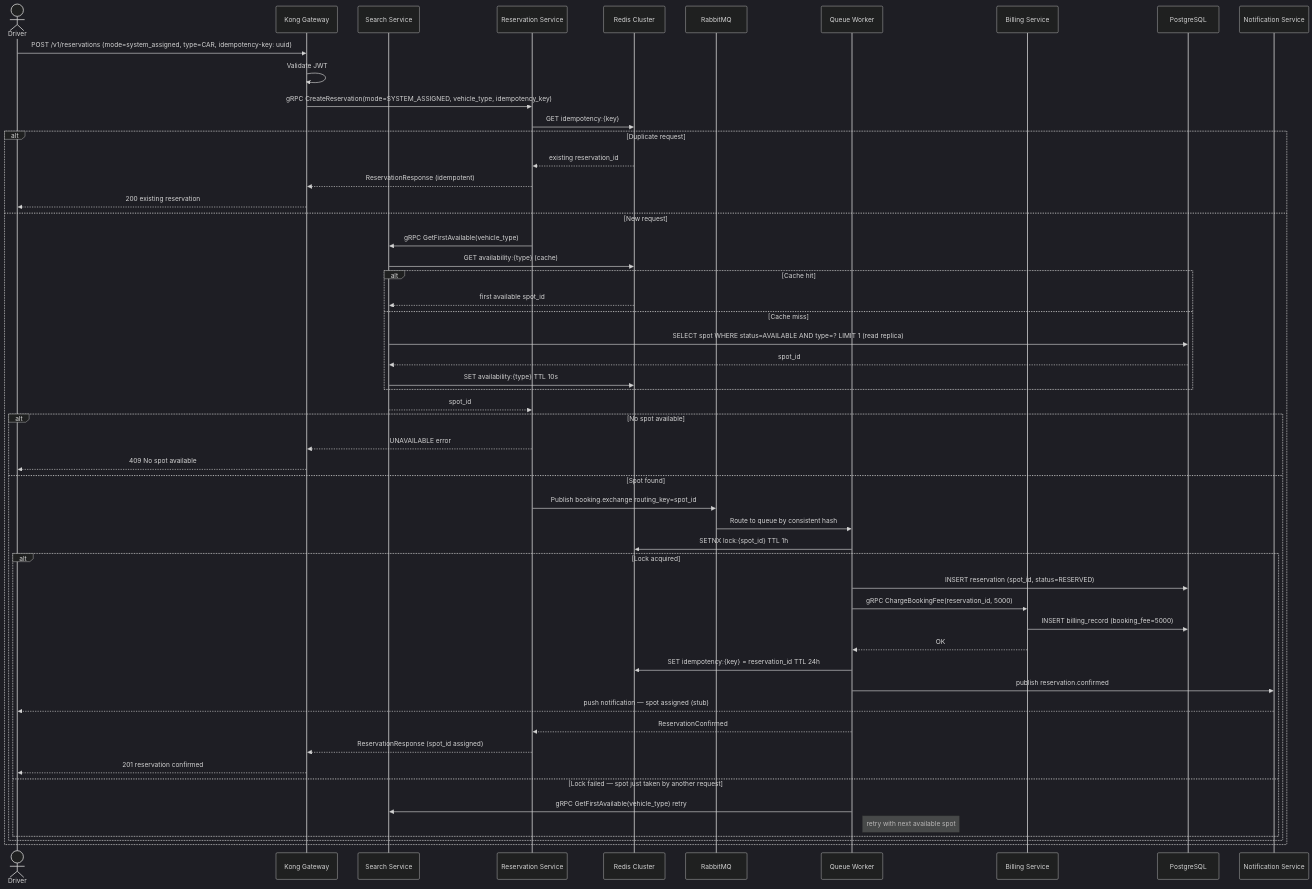
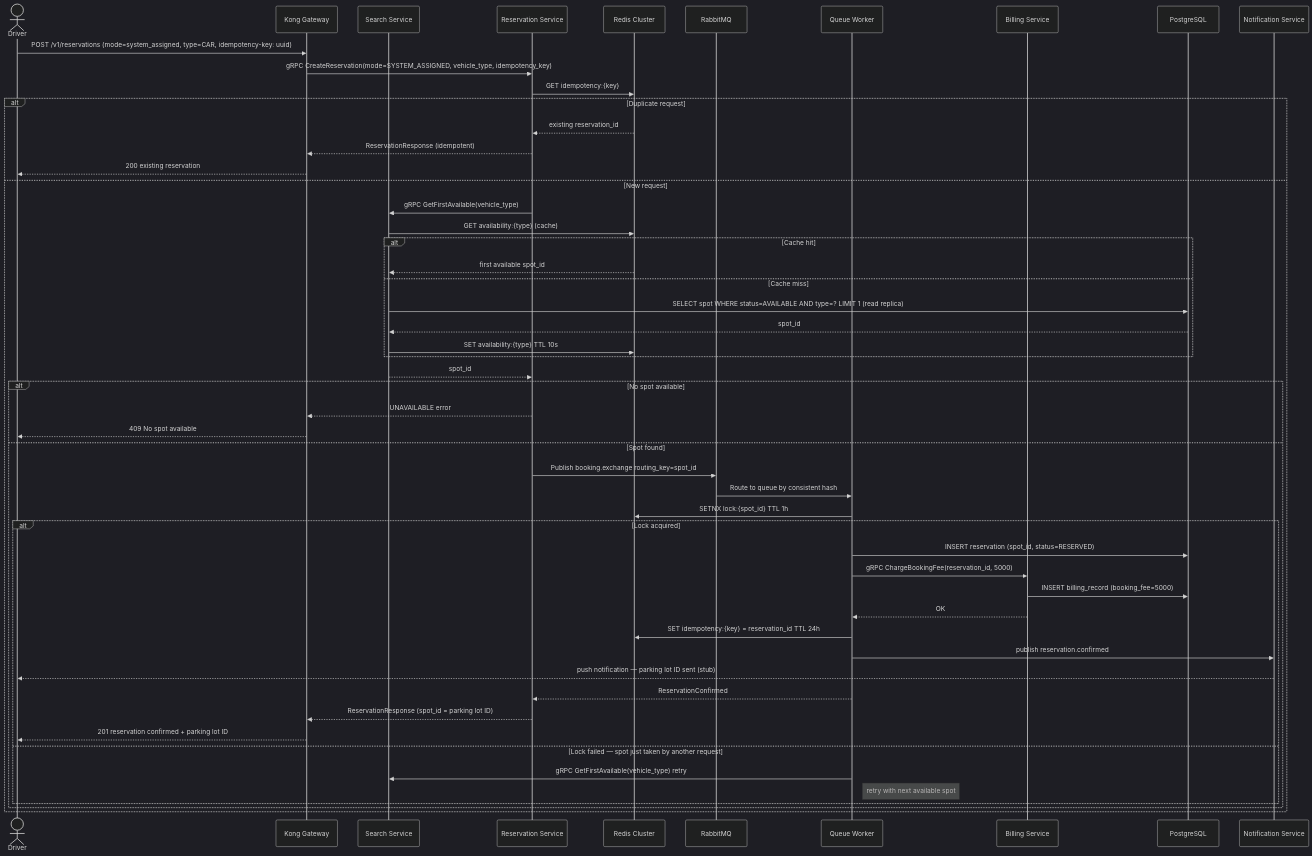
Before and after one commit to ParkirPintar/parkir-pintar-backend: diagram 13 of 23 in README.md, drawn with Mermaid (dark theme). The commit also changed other lines of this file and 42 other files, not shown here.

````diff
--- a/README.md
+++ b/README.md
@@ -945,59 +923,58 @@
 ```mermaid
 sequenceDiagram
     actor Driver
     participant Kong as Kong Gateway
     participant Search as Search Service
     participant Reservation as Reservation Service
     participant Redis as Redis Cluster
     participant RMQ as RabbitMQ
     participant Worker as Queue Worker
     participant Billing as Billing Service
     participant DB as PostgreSQL
     participant Notif as Notification Service
 
     Driver->>Kong: POST /v1/reservations (mode=system_assigned, type=CAR, idempotency-key: uuid)
-    Kong->>Kong: Validate JWT
     Kong->>Reservation: gRPC CreateReservation(mode=SYSTEM_ASSIGNED, vehicle_type, idempotency_key)
 
     Reservation->>Redis: GET idempotency:{key}
     alt Duplicate request
         Redis-->>Reservation: existing reservation_id
         Reservation-->>Kong: ReservationResponse (idempotent)
         Kong-->>Driver: 200 existing reservation
     else New request
         Reservation->>Search: gRPC GetFirstAvailable(vehicle_type)
         Search->>Redis: GET availability:{type} (cache)
         alt Cache hit
             Redis-->>Search: first available spot_id
         else Cache miss
             Search->>DB: SELECT spot WHERE status=AVAILABLE AND type=? LIMIT 1 (read replica)
             DB-->>Search: spot_id
             Search->>Redis: SET availability:{type} TTL 10s
         end
         Search-->>Reservation: spot_id
 
         alt No spot available
             Reservation-->>Kong: UNAVAILABLE error
             Kong-->>Driver: 409 No spot available
         else Spot found
             Reservation->>RMQ: Publish booking.exchange routing_key=spot_id
             RMQ->>Worker: Route to queue by consistent hash
             Worker->>Redis: SETNX lock:{spot_id} TTL 1h
             alt Lock acquired
                 Worker->>DB: INSERT reservation (spot_id, status=RESERVED)
                 Worker->>Billing: gRPC ChargeBookingFee(reservation_id, 5000)
                 Billing->>DB: INSERT billing_record (booking_fee=5000)
                 Billing-->>Worker: OK
                 Worker->>Redis: SET idempotency:{key} = reservation_id TTL 24h
                 Worker->>Notif: publish reservation.confirmed
-                Notif-->>Driver: push notification — spot assigned (stub)
+                Notif-->>Driver: push notification — parking lot ID sent (stub)
                 Worker-->>Reservation: ReservationConfirmed
-                Reservation-->>Kong: ReservationResponse (spot_id assigned)
-                Kong-->>Driver: 201 reservation confirmed
+                Reservation-->>Kong: ReservationResponse (spot_id = parking lot ID)
+                Kong-->>Driver: 201 reservation confirmed + parking lot ID
             else Lock failed — spot just taken by another request
                 Worker->>Search: gRPC GetFirstAvailable(vehicle_type) retry
                 note right of Worker: retry with next available spot
             end
         end
     end
 ```
````
